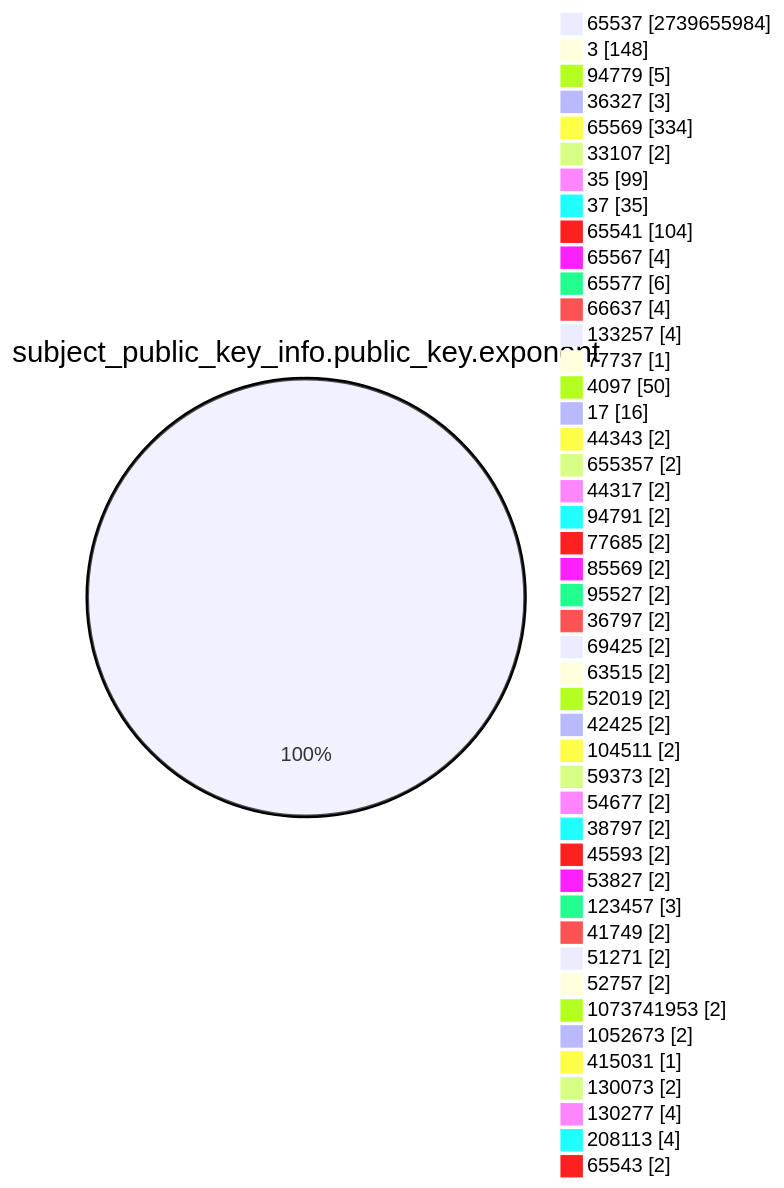
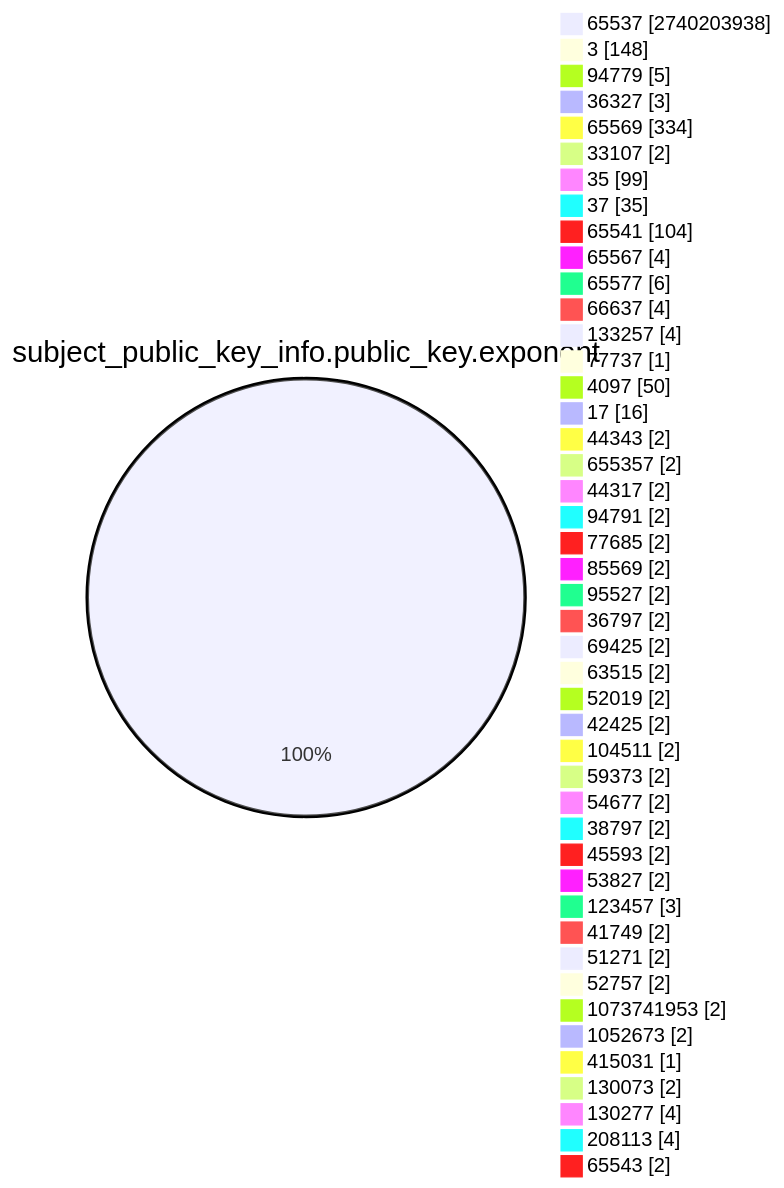
The fourth of 15 diagrams in TOTAL/README.md (christiankrug/ctmonitor_visualization), drawn with Mermaid before and after one commit. The commit also changed other lines of this file, not shown here.

````diff
--- a/TOTAL/README.md
+++ b/TOTAL/README.md
@@ -1467,49 +1467,49 @@
 ```mermaid
 pie showData
 title subject_public_key_info.public_key.exponent
-"65537" :2739655984
+"65537" :2740203938
 "3" :148
 "94779" :5
 "36327" :3
 "65569" :334
 "33107" :2
 "35" :99
 "37" :35
 "65541" :104
 "65567" :4
 "65577" :6
 "66637" :4
 "133257" :4
 "77737" :1
 "4097" :50
 "17" :16
 "44343" :2
 "655357" :2
 "44317" :2
 "94791" :2
 "77685" :2
 "85569" :2
 "95527" :2
 "36797" :2
 "69425" :2
 "63515" :2
 "52019" :2
 "42425" :2
 "104511" :2
 "59373" :2
 "54677" :2
 "38797" :2
 "45593" :2
 "53827" :2
 "123457" :3
 "41749" :2
 "51271" :2
 "52757" :2
 "1073741953" :2
 "1052673" :2
 "415031" :1
 "130073" :2
 "130277" :4
 "208113" :4
 "65543" :2
 ```
````
